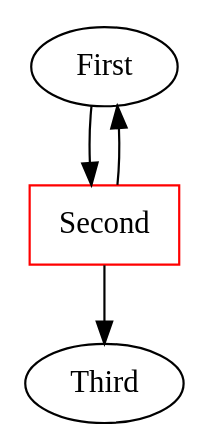
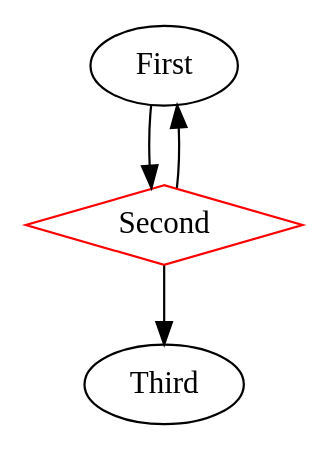
Before and after one commit to emden-norfolk/fountainedge: the diagram in examples/test1_2.dot, drawn with Graphviz. The commit also changed 12 other files, not shown here.

```diff
--- a/examples/test1_2.dot
+++ b/examples/test1_2.dot
@@ -1,11 +1,11 @@
 digraph G {
 
   v0 [label="First",id="1",shape="oval",color="black"]
-  v1 [label="Second",id="2",shape="box",color="red"]
+  v1 [label="Second",id="2",shape="diamond",color="red"]
   v2 [label="Third",id="3",shape="oval",color="black"]
 
   v0 -> v1
   v1 -> v2
   v1 -> v0
 
 }
```
